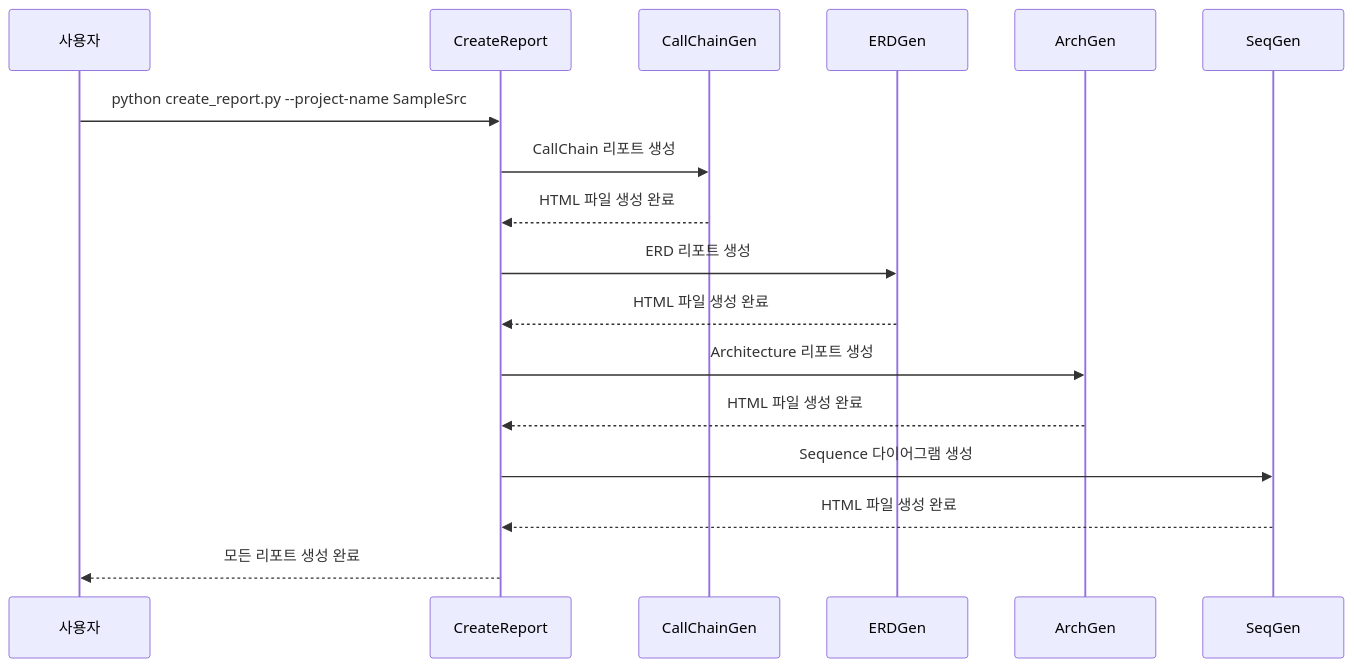
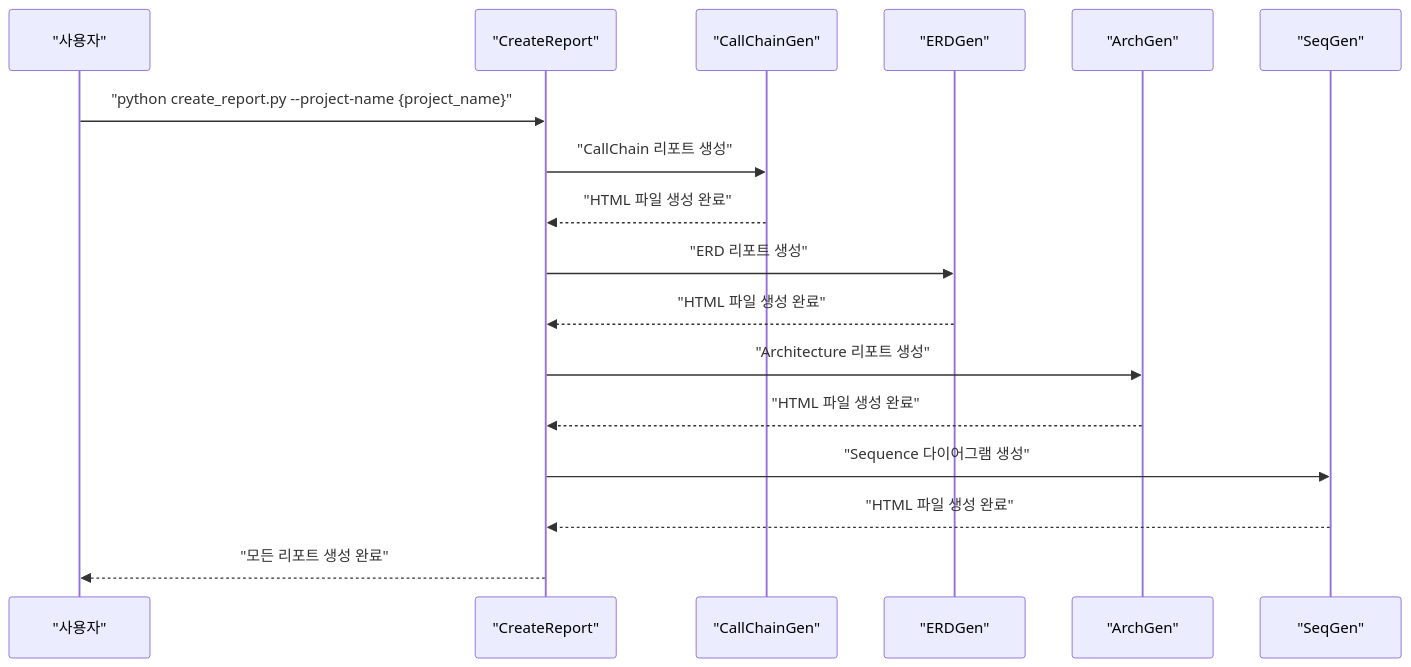
Before and after one commit to kumtaek/CreateMetaDb: the fourth of 4 diagrams in docs/01_시스템_요구사항_정의서.md, drawn with Mermaid. The commit also changed other lines of this file and 6 other files, not shown here.

````diff
--- a/docs/01_시스템_요구사항_정의서.md
+++ b/docs/01_시스템_요구사항_정의서.md
@@ -298,20 +407,20 @@
 ```mermaid
 sequenceDiagram
-    participant U as 사용자
-    participant CR as CreateReport
-    participant CC as CallChainGen
-    participant ER as ERDGen
-    participant AR as ArchGen
-    participant SG as SeqGen
+    participant U as "사용자"
+    participant CR as "CreateReport"
+    participant CC as "CallChainGen"
+    participant ER as "ERDGen"
+    participant AR as "ArchGen"
+    participant SG as "SeqGen"
     
-    U->>CR: python create_report.py --project-name SampleSrc
-    CR->>CC: CallChain 리포트 생성
-    CC-->>CR: HTML 파일 생성 완료
-    CR->>ER: ERD 리포트 생성
-    ER-->>CR: HTML 파일 생성 완료
-    CR->>AR: Architecture 리포트 생성
-    AR-->>CR: HTML 파일 생성 완료
-    CR->>SG: Sequence 다이어그램 생성
-    SG-->>CR: HTML 파일 생성 완료
-    CR-->>U: 모든 리포트 생성 완료
+    U->>CR: "python create_report.py --project-name {project_name}"
+    CR->>CC: "CallChain 리포트 생성"
+    CC-->>CR: "HTML 파일 생성 완료"
+    CR->>ER: "ERD 리포트 생성"
+    ER-->>CR: "HTML 파일 생성 완료"
+    CR->>AR: "Architecture 리포트 생성"
+    AR-->>CR: "HTML 파일 생성 완료"
+    CR->>SG: "Sequence 다이어그램 생성"
+    SG-->>CR: "HTML 파일 생성 완료"
+    CR-->>U: "모든 리포트 생성 완료"
 ```
````
